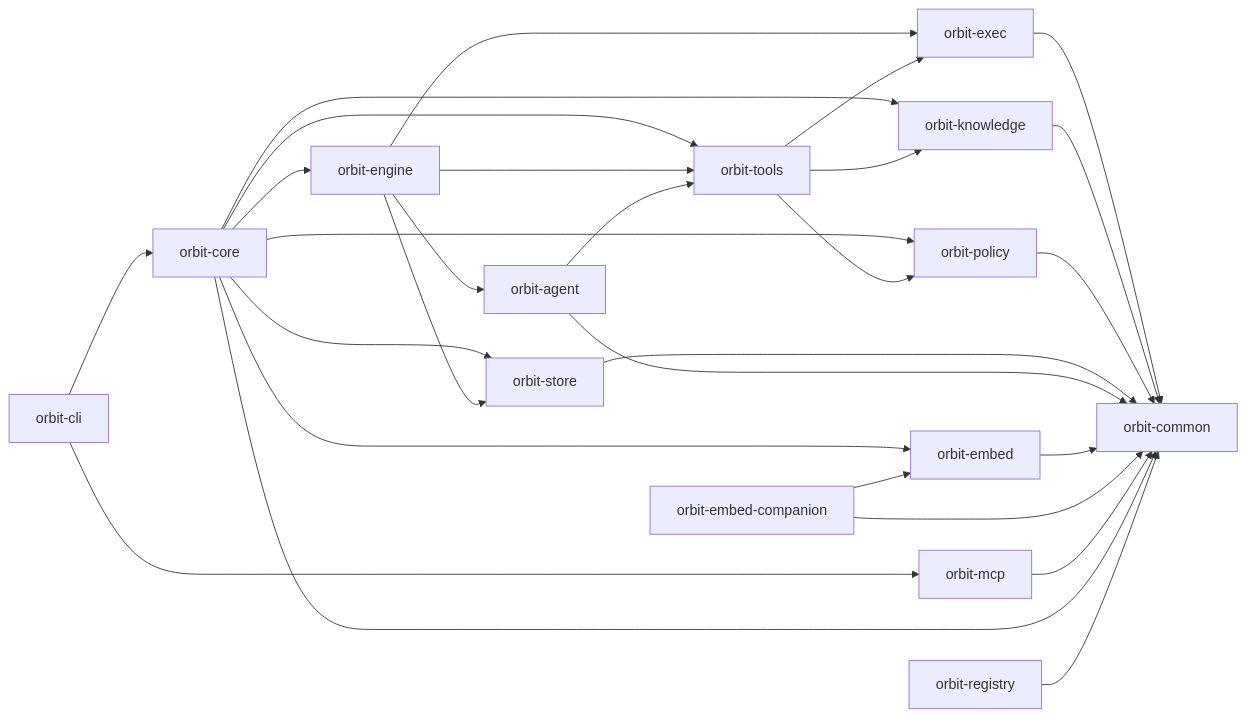
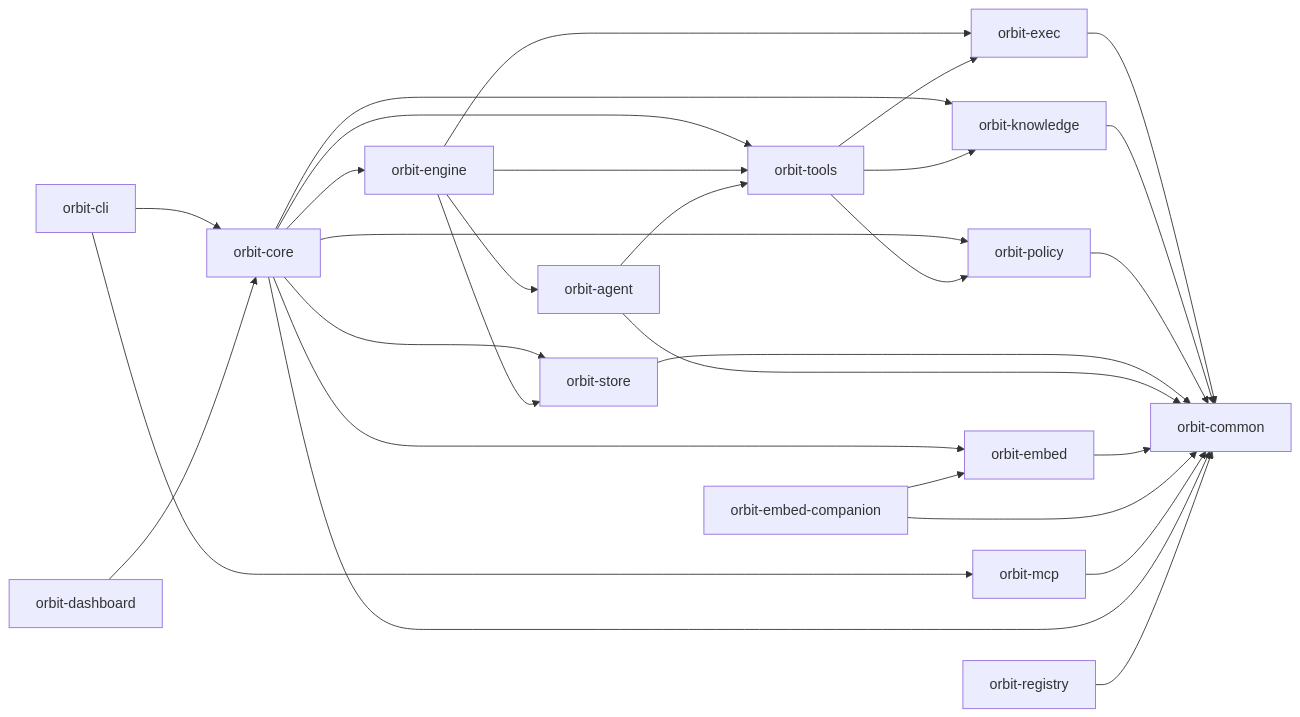
Before and after one commit to danieljhkim/orbit-agentic-workflow: the diagram in ARCHITECTURE.md, drawn with Mermaid. The commit also changed other lines of this file and 37 other files, not shown here.

Commit message:
refactor: Extract dashboard + JSON API into new orbit-dashboard crate [ORB-00146]

````diff
--- a/ARCHITECTURE.md
+++ b/ARCHITECTURE.md
@@ -5,30 +5,31 @@
 ```mermaid
 flowchart LR
   CLI["orbit-cli"] --> Core["orbit-core"]
   CLI --> MCP["orbit-mcp"]
   Core --> Engine["orbit-engine"]
   Core --> Store["orbit-store"]
   Core --> Tools["orbit-tools"]
   Core --> Embed["orbit-embed"]
   Core --> Knowledge["orbit-knowledge"]
   Core --> Policy["orbit-policy"]
   Engine --> Agent["orbit-agent"]
   Engine --> Store
   Engine --> Exec["orbit-exec"]
   Engine --> Tools
   Agent --> Tools
   Tools --> Exec["orbit-exec"]
   Tools --> Knowledge
   Tools --> Policy
   Exec --> Common["orbit-common"]
   Knowledge --> Common
   Policy --> Common
   Store --> Common
   Agent --> Common
   Embed --> Common
   EmbedCompanion["orbit-embed-companion"] --> Embed
   EmbedCompanion --> Common
   MCP --> Common
+  Dashboard["orbit-dashboard"] --> Core
   Core --> Common
   Registry["orbit-registry"] --> Common
 ```
````
